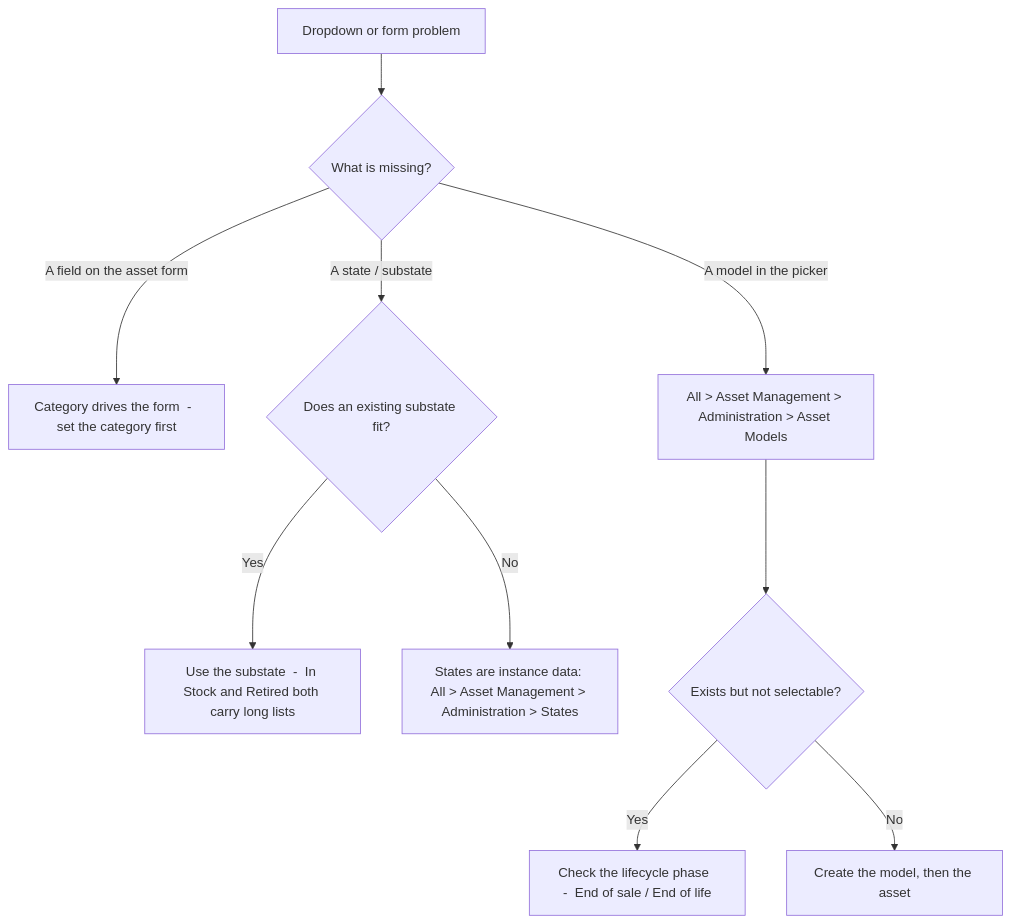
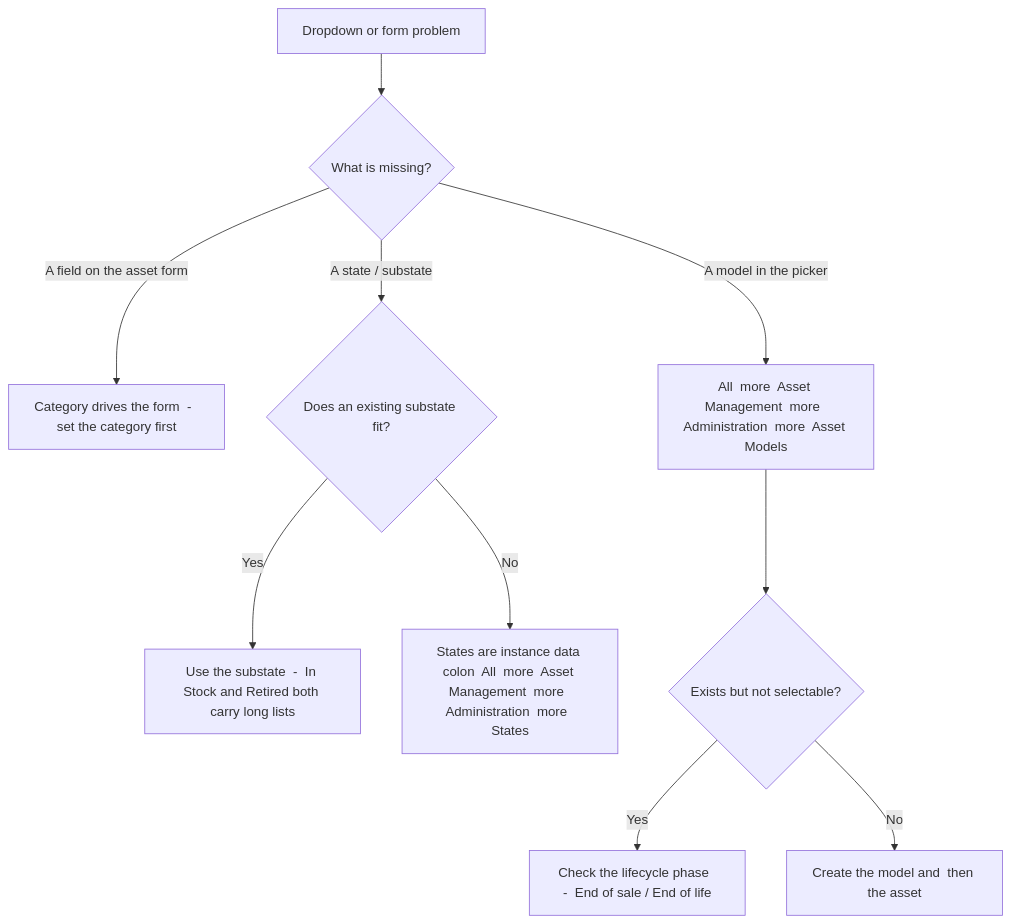
The ninth of 9 diagrams in docs/modules/ham/ham-guide.md (eltonaguiar/ServiceNow_Learning_TSOM-_CSM_FSM_SalesCRM_HAM_ITSM), drawn with Mermaid before and after one commit. The commit also changed other lines of this file and 19 other files, not shown here.

Commit message:
Fix all Mermaid diagram special characters - replace dollar, parens, slashes, quotes, pipes, nested brackets and other unsafe chars inside brackets with safe alternatives across 19 files

````diff
--- a/docs/modules/ham/ham-guide.md
+++ b/docs/modules/ham/ham-guide.md
@@ -694,12 +694,12 @@
 ```mermaid
 flowchart TD
     A[Dropdown or form problem] --> B{What is missing?}
     B -->|A field on the asset form| C[Category drives the form  -  set the category first]
     B -->|A state / substate| D{Does an existing substate fit?}
     D -->|Yes| D1[Use the substate  -  In Stock and Retired both carry long lists]
-    D -->|No| D2[States are instance data: All > Asset Management > Administration > States]
-    B -->|A model in the picker| E[All > Asset Management > Administration > Asset Models]
+    D -->|No| D2[States are instance data colon  All  more  Asset Management  more  Administration  more  States]
+    B -->|A model in the picker| E[All  more  Asset Management  more  Administration  more  Asset Models]
     E --> E1{Exists but not selectable?}
     E1 -->|Yes| E2[Check the lifecycle phase  -  End of sale / End of life]
-    E1 -->|No| E3[Create the model, then the asset]
+    E1 -->|No| E3[Create the model and  then the asset]
 ```
````
